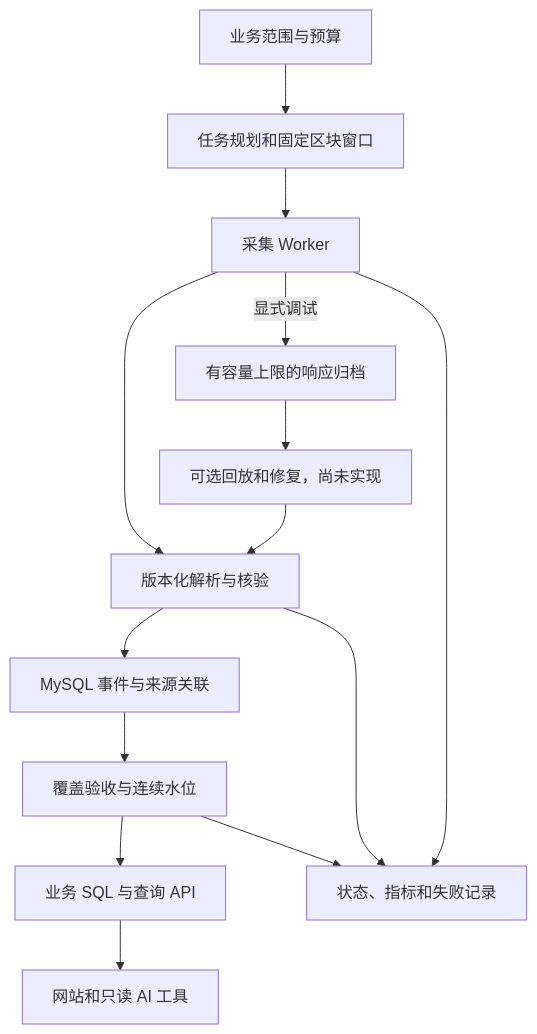
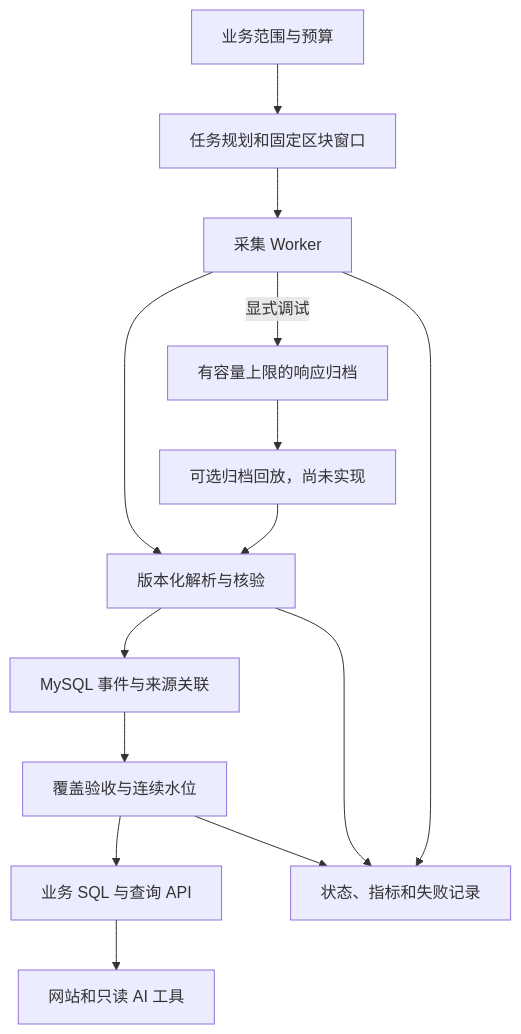
Before and after one commit to may-tonk/chainscope-ai: the diagram in docs/engineering-roadmap.md, drawn with Mermaid. The commit also changed other lines of this file and 35 other files, not shown here.

````diff
--- a/docs/engineering-roadmap.md
+++ b/docs/engineering-roadmap.md
@@ -29,16 +29,16 @@
 ```mermaid
 flowchart TD
     A[业务范围与预算] --> B[任务规划和固定区块窗口]
     B --> C[采集 Worker]
     C --> E[版本化解析与核验]
     C -->|显式调试| D[有容量上限的响应归档]
     E --> F[MySQL 事件与来源关联]
     F --> G[覆盖验收与连续水位]
     G --> H[业务 SQL 与查询 API]
     H --> I[网站和只读 AI 工具]
-    D --> J[可选回放和修复，尚未实现]
+    D --> J[可选归档回放，尚未实现]
     J --> E
     C --> K[状态、指标和失败记录]
     E --> K
     G --> K
 ```
````
